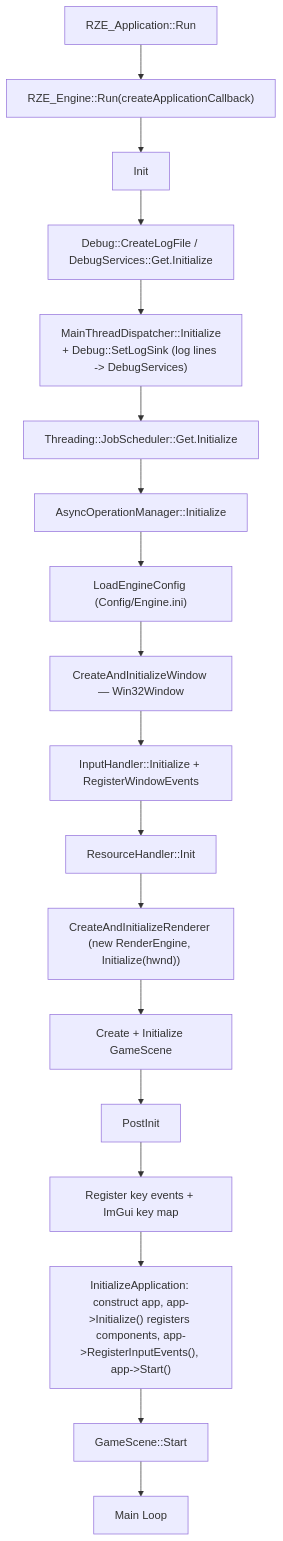
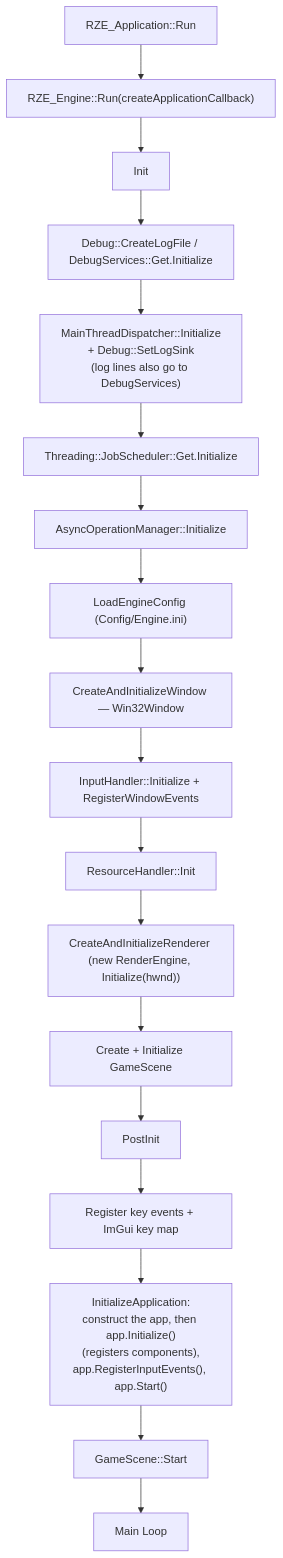
The first of 4 diagrams in Docs/Generated/Engine/02-Architecture/Engine-Startup-And-Frame-Loop.md (b1nary0/RZE), drawn with Mermaid before and after one commit. The commit also changed other lines of this file and 21 other files, not shown here.

First line of the commit message:
Fix diagrams that failed to render or hid their own text

````diff
--- a/Docs/Generated/Engine/02-Architecture/Engine-Startup-And-Frame-Loop.md
+++ b/Docs/Generated/Engine/02-Architecture/Engine-Startup-And-Frame-Loop.md
@@ -36,20 +36,21 @@
 ```mermaid
+%%{init: {'flowchart': {'subGraphTitleMargin': {'top': 6, 'bottom': 10}}, 'themeCSS': '.labelBkg, .edgeLabel { background-color: var(--background-primary) !important; } .messageText, .labelText, .loopText { paint-order: stroke; stroke: var(--background-primary); stroke-width: 5px; stroke-linejoin: round; }'}}%%
 flowchart TD
     A[RZE_Application::Run] --> B["RZE_Engine::Run(createApplicationCallback)"]
     B --> C[Init]
     C --> C1[Debug::CreateLogFile / DebugServices::Get.Initialize]
-    C1 --> C1b["MainThreadDispatcher::Initialize<br/>+ Debug::SetLogSink (log lines -> DebugServices)"]
+    C1 --> C1b["MainThreadDispatcher::Initialize<br/>+ Debug::SetLogSink<br/>(log lines also go to DebugServices)"]
     C1b --> C2[Threading::JobScheduler::Get.Initialize]
     C2 --> C2b[AsyncOperationManager::Initialize]
     C2b --> C3["LoadEngineConfig (Config/Engine.ini)"]
     C3 --> C4[CreateAndInitializeWindow — Win32Window]
     C4 --> C5[InputHandler::Initialize + RegisterWindowEvents]
     C5 --> C6[ResourceHandler::Init]
     C6 --> C7["CreateAndInitializeRenderer (new RenderEngine, Initialize(hwnd))"]
     C7 --> C8[Create + Initialize GameScene]
     C8 --> D[PostInit]
     D --> D1[Register key events + ImGui key map]
-    D1 --> D2["InitializeApplication: construct app, app->Initialize() registers components, app->RegisterInputEvents(), app->Start()"]
+    D1 --> D2["InitializeApplication:<br/>construct the app, then app.Initialize()<br/>(registers components),<br/>app.RegisterInputEvents(), app.Start()"]
     D2 --> D3[GameScene::Start]
     D3 --> E[Main Loop]
 ```
````
